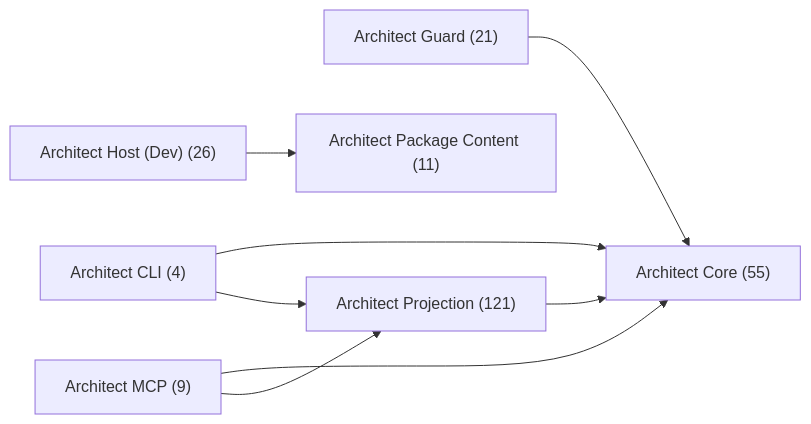
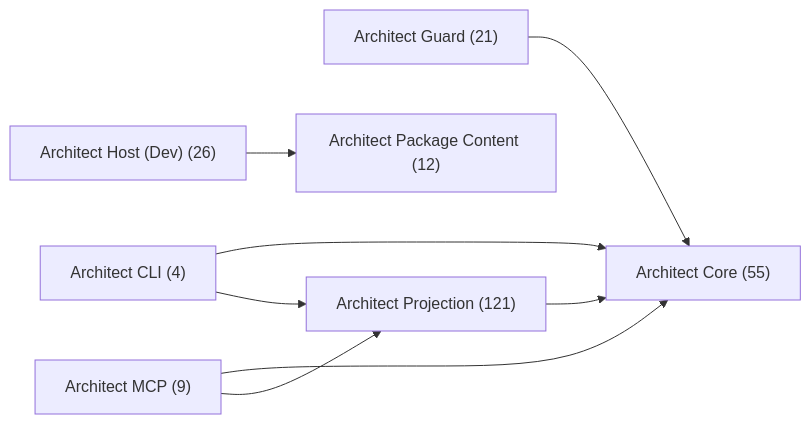
The first of 8 diagrams in docs-live/architecture/package-seam.md (libar-dev/architect), drawn with Mermaid before and after one commit. The commit also changed other lines of this file and 70 other files, not shown here.

Commit message:
Establish core design of architect and foundations of muti-source projections

````diff
--- a/docs-live/architecture/package-seam.md
+++ b/docs-live/architecture/package-seam.md
@@ -18,17 +18,17 @@
 ```mermaid
 graph LR
   pkg_architect_cli["Architect CLI (4)"]
   pkg_architect_core["Architect Core (55)"]
   pkg_architect_guard["Architect Guard (21)"]
   pkg_architect_host_dev["Architect Host (Dev) (26)"]
   pkg_architect_mcp["Architect MCP (9)"]
-  pkg_architect_package_content["Architect Package Content (11)"]
+  pkg_architect_package_content["Architect Package Content (12)"]
   pkg_architect_projection["Architect Projection (121)"]
   pkg_architect_cli --> pkg_architect_core
   pkg_architect_cli --> pkg_architect_projection
   pkg_architect_guard --> pkg_architect_core
   pkg_architect_host_dev --> pkg_architect_package_content
   pkg_architect_mcp --> pkg_architect_core
   pkg_architect_mcp --> pkg_architect_projection
   pkg_architect_projection --> pkg_architect_core
 ```
````
